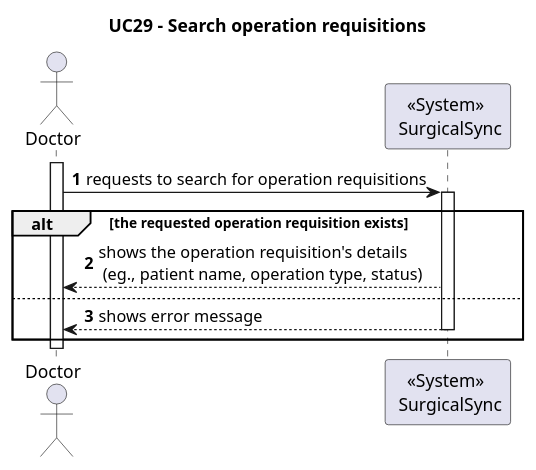
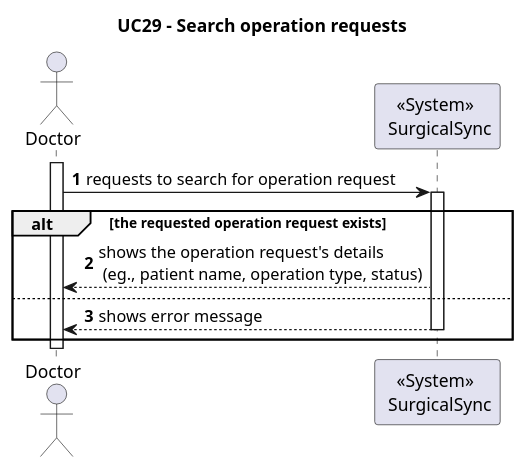
Before and after one commit to MiguelCardoso77/SurgicalSync-BackEnd: the diagram in Wiki/SprintA/diagrams/use-cases/29-search-operation-requisitions/level1/process-view.puml, drawn with PlantUML. The commit also changed 17 other files, not shown here.

```diff
--- a/Wiki/SprintA/diagrams/use-cases/29-search-operation-requisitions/level1/process-view.puml
+++ b/Wiki/SprintA/diagrams/use-cases/29-search-operation-requisitions/level1/process-view.puml
@@ -1,30 +1,30 @@
 @startuml
 autonumber
 
-Title "UC29 - Search operation requisitions"
+Title "UC29 - Search operation requests"
 
 actor "Doctor" as D
 participant "<<System>> \n SurgicalSync" as SYSTEM
 
 activate D
 
-D -> SYSTEM: requests to search for operation requisitions
+D -> SYSTEM: requests to search for operation request
 
-    alt the requested operation requisition exists 
+    alt the requested operation request exists 
     
     activate SYSTEM
     
-    SYSTEM --> D: shows the operation requisition's details \n (eg., patient name, operation type, status)
+    SYSTEM --> D: shows the operation request's details \n (eg., patient name, operation type, status)
 
     
     else
     
     SYSTEM --> D : shows error message
     
     deactivate SYSTEM
     
     end
     
 deactivate D
 
 @enduml
```
